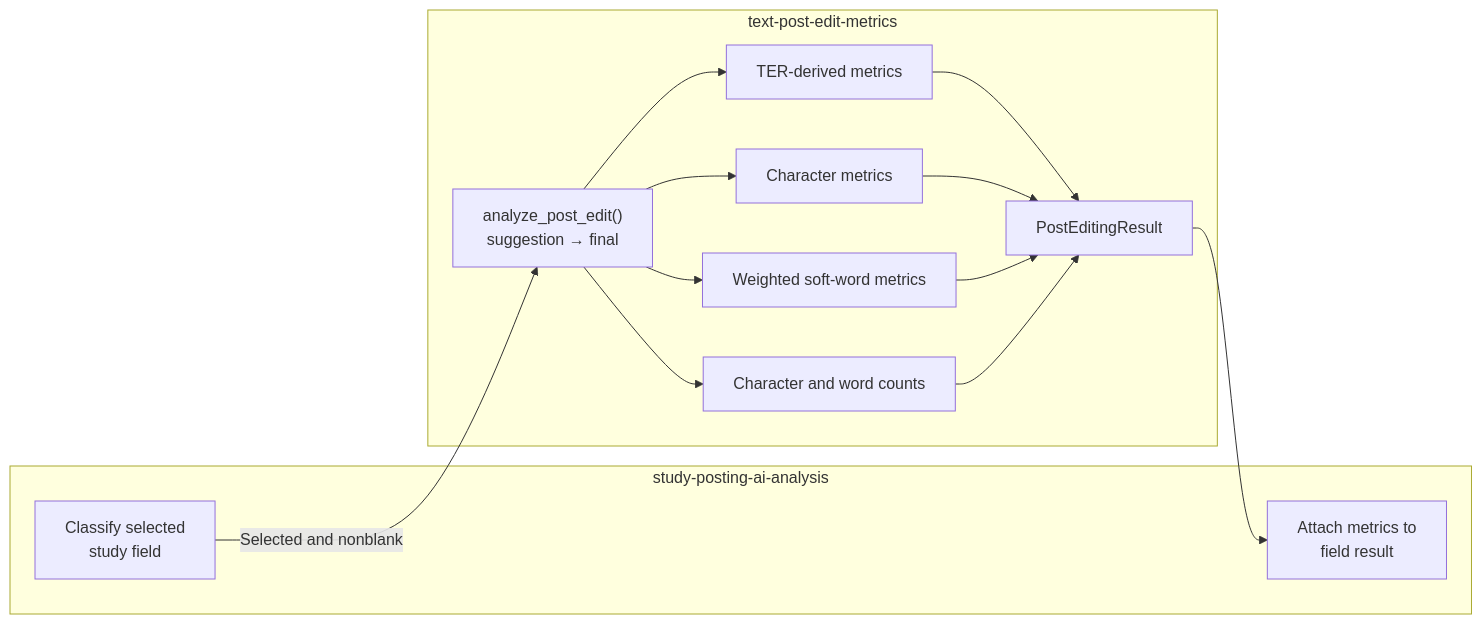
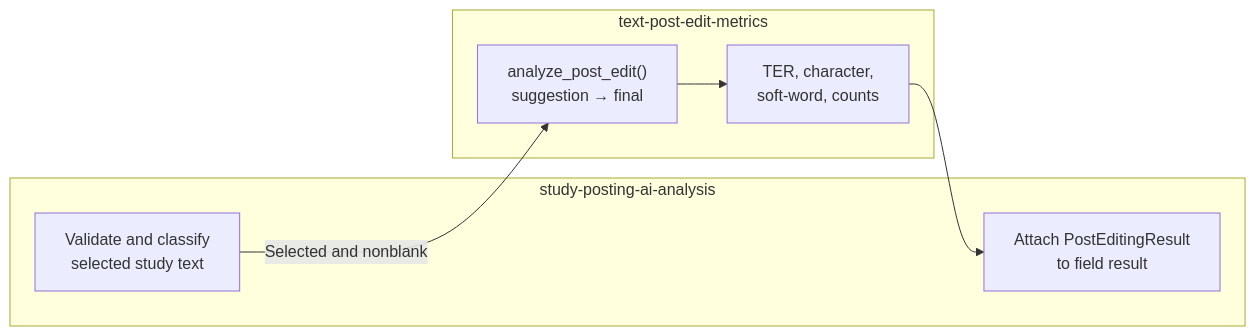
The sixth of 7 diagrams in python/packages/study-posting-ai-analysis/docs/program-flow.md (umich-michr/michr-scripts), drawn with Mermaid before and after one commit. The commit also changed other lines of this file, not shown here.

Commit message:
docs(analysis): streamline control-flow guide

````diff
--- a/python/packages/study-posting-ai-analysis/docs/program-flow.md
+++ b/python/packages/study-posting-ai-analysis/docs/program-flow.md
@@ -212,29 +251,15 @@
 ```mermaid
 flowchart LR
     subgraph Study["study-posting-ai-analysis"]
-        CLASSIFY["Classify selected<br/>study field"]
-        ATTACH["Attach metrics to<br/>field result"]
+        CLASSIFY["Validate and classify<br/>selected study text"]
+        ATTACH["Attach PostEditingResult<br/>to field result"]
     end
 
     subgraph Metrics["text-post-edit-metrics"]
         ANALYZE["analyze_post_edit()<br/>suggestion → final"]
-        TER["TER-derived metrics"]
-        CHAR["Character metrics"]
-        SOFT["Weighted soft-word metrics"]
-        COUNTS["Character and word counts"]
-        RESULT["PostEditingResult"]
+        RESULT["TER, character,<br/>soft-word, counts"]
     end
 
     CLASSIFY -->|"Selected and nonblank"| ANALYZE
-    ANALYZE --> TER
-    ANALYZE --> CHAR
-    ANALYZE --> SOFT
-    ANALYZE --> COUNTS
-
-    TER --> RESULT
-    CHAR --> RESULT
-    SOFT --> RESULT
-    COUNTS --> RESULT
-
-    RESULT --> ATTACH
+    ANALYZE --> RESULT --> ATTACH
 ```
````
